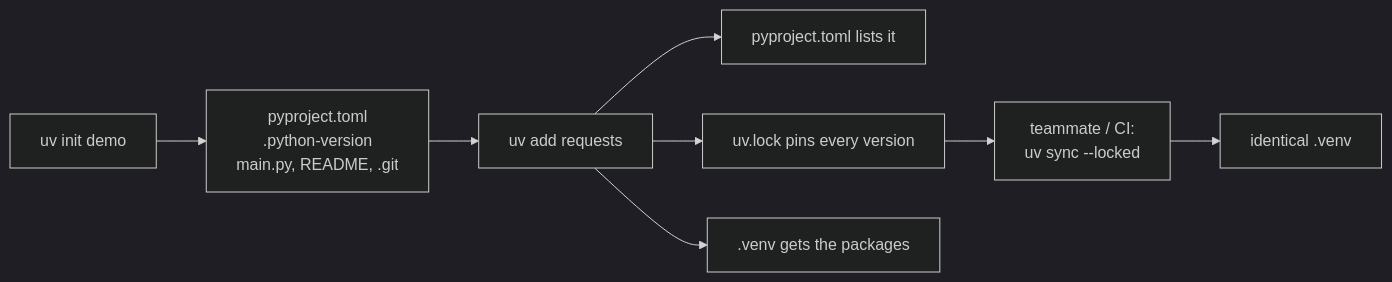
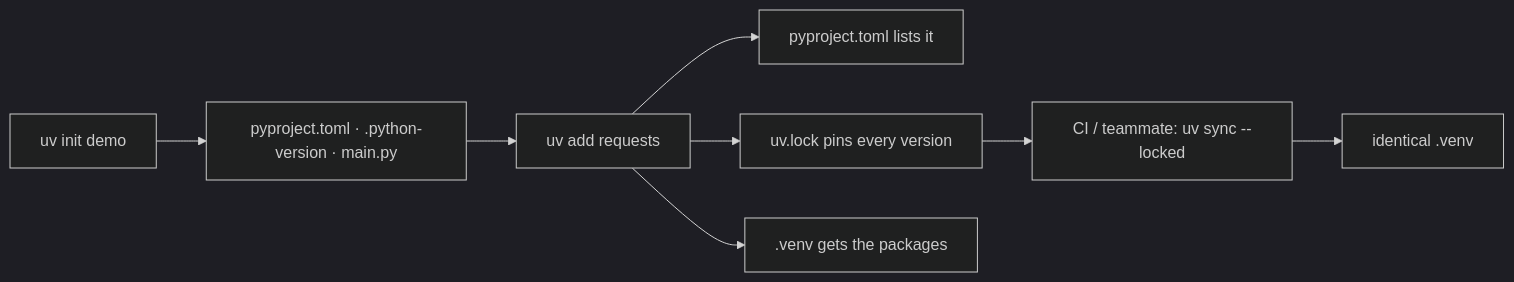
The first of 2 diagrams in books/python/01-setup-and-api-basics.md (kiaanwankhede/MyNotes), drawn with Mermaid (dark theme) before and after one commit. The commit also changed other lines of this file and 3 other files, not shown here.

````diff
--- a/books/python/01-setup-and-api-basics.md
+++ b/books/python/01-setup-and-api-basics.md
@@ -84,10 +18,9 @@
 ```mermaid
 flowchart LR
-    I["uv init demo"] --> F["pyproject.toml<br/>.python-version<br/>main.py, README, .git"]
+    I["uv init demo"] --> F["pyproject.toml · .python-version · main.py"]
     F --> A["uv add requests"]
     A --> P["pyproject.toml lists it"]
     A --> L["uv.lock pins every version"]
     A --> V[".venv gets the packages"]
-    L --> S["teammate / CI:<br/>uv sync --locked"]
-    S --> V2["identical .venv"]
+    L --> S["CI / teammate: uv sync --locked"] --> V2["identical .venv"]
 ```
````
